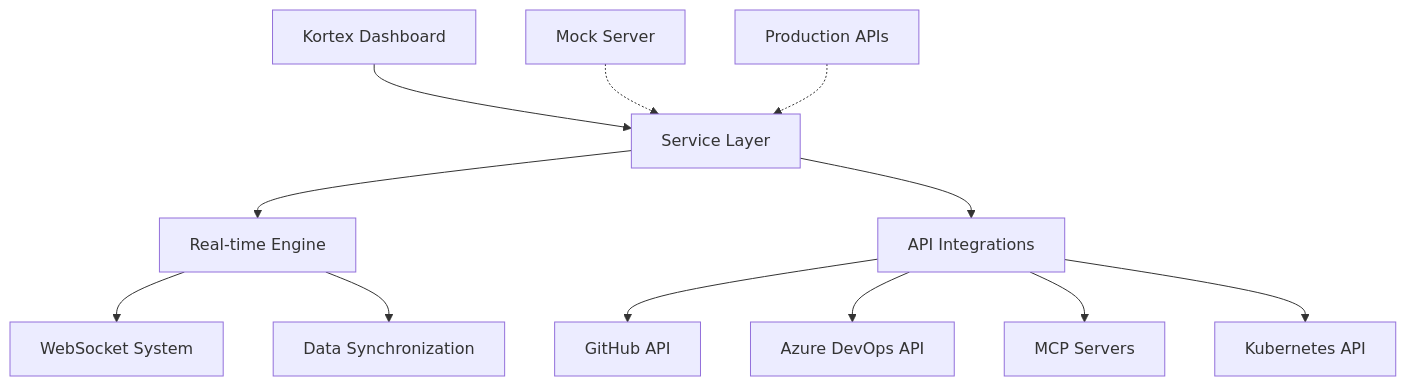
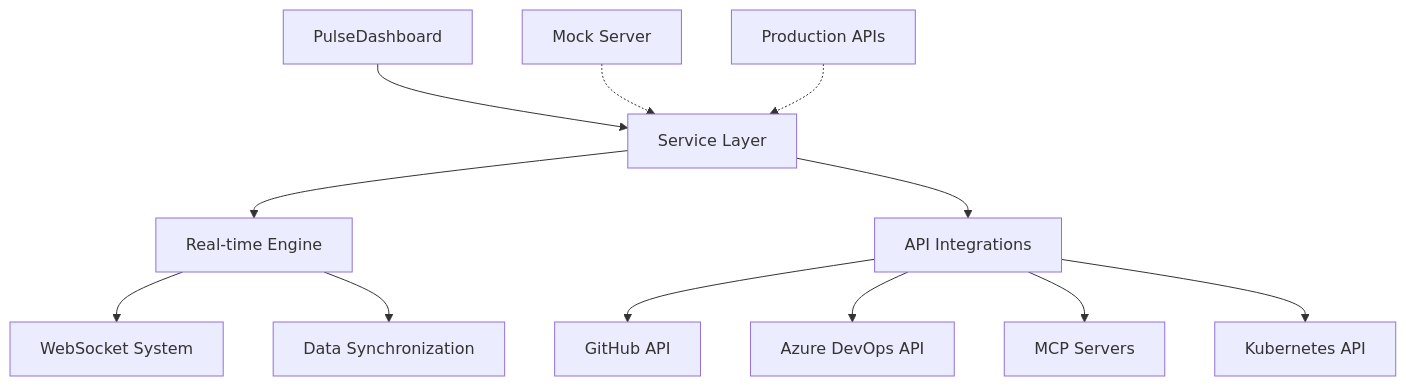
Before and after one commit to kubex-ecosystem/kortex: the first of 2 diagrams in docs/docs-content/getting-started/concepts.md, drawn with Mermaid. The commit also changed other lines of this file and 107 other files, not shown here.

````diff
--- a/docs/docs-content/getting-started/concepts.md
+++ b/docs/docs-content/getting-started/concepts.md
@@ -9,17 +9,17 @@
 ```mermaid
 graph TD
-    A[Kortex Dashboard] --> B[Service Layer]
+    A[PulseDashboard] --> B[Service Layer]
     B --> C[Real-time Engine]
     B --> D[API Integrations]
-    
+
     C --> E[WebSocket System]
     C --> F[Data Synchronization]
-    
+
     D --> G[GitHub API]
     D --> H[Azure DevOps API]
     D --> I[MCP Servers]
     D --> J[Kubernetes API]
-    
+
     K[Mock Server] -.-> B
     L[Production APIs] -.-> B
 ```
````
